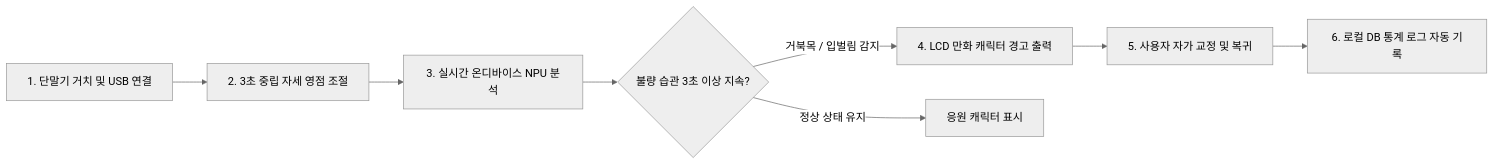
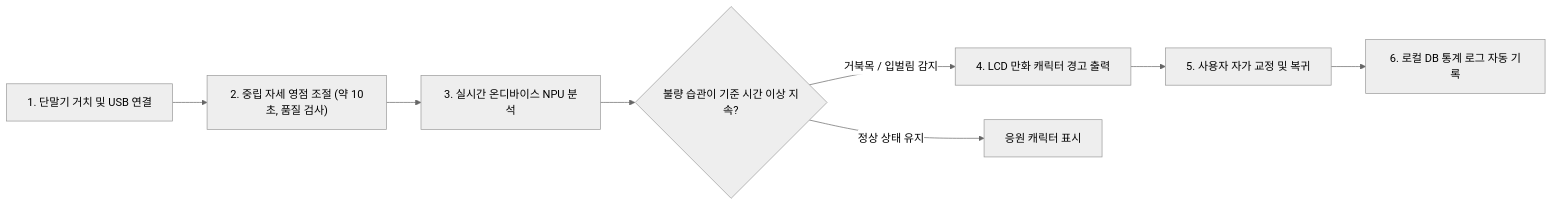
One commit to wkuMyeungsu/physical-ai changed the diagram in PRD/PRD.md. Above: the diagram before and after it, drawn with Mermaid (neutral theme). The commit also changed other lines of this file, not shown here.

````diff
--- a/PRD/PRD.md
+++ b/PRD/PRD.md
@@ -32,10 +32,10 @@
 ```mermaid
 flowchart LR
-    A["1. 단말기 거치 및 USB 연결"] --> B["2. 3초 중립 자세 영점 조절"]
+    A["1. 단말기 거치 및 USB 연결"] --> B["2. 중립 자세 영점 조절 (약 10초, 품질 검사)"]
     B --> C["3. 실시간 온디바이스 NPU 분석"]
-    C --> D{"불량 습관 3초 이상 지속?"}
+    C --> D{"불량 습관이 기준 시간 이상 지속?"}
     D -- "거북목 / 입벌림 감지" --> E["4. LCD 만화 캐릭터 경고 출력"]
     D -- "정상 상태 유지" --> F["응원 캐릭터 표시"]
     E --> G["5. 사용자 자가 교정 및 복귀"]
     G --> H["6. 로컬 DB 통계 로그 자동 기록"]
 ```
````
